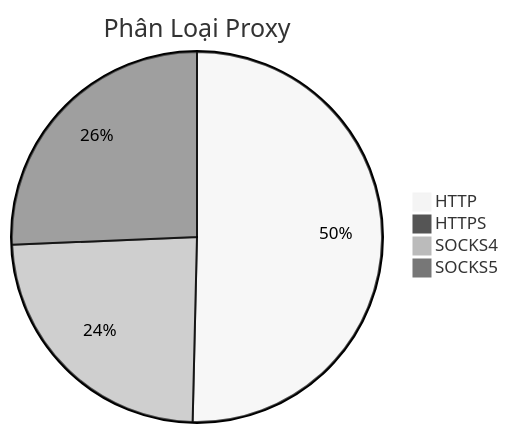
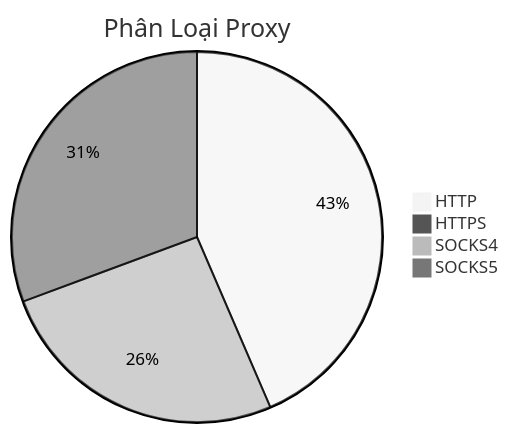
Before and after one commit to Ciara-12/PROXY-free: the diagram in README.md, drawn with Mermaid (neutral theme). The commit also changed other lines of this file and 3 other files, not shown here.

````diff
--- a/README.md
+++ b/README.md
@@ -26,7 +26,7 @@
 ```mermaid
 pie title Phân Loại Proxy
-    "HTTP" : 738
+    "HTTP" : 568
     "HTTPS" : 1
-    "SOCKS4" : 351
-    "SOCKS5" : 376
+    "SOCKS4" : 337
+    "SOCKS5" : 400
 ```
````
